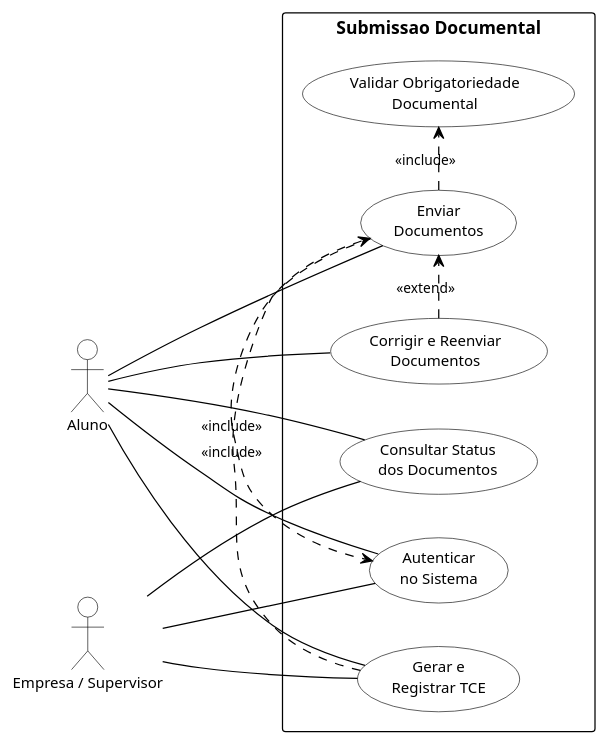
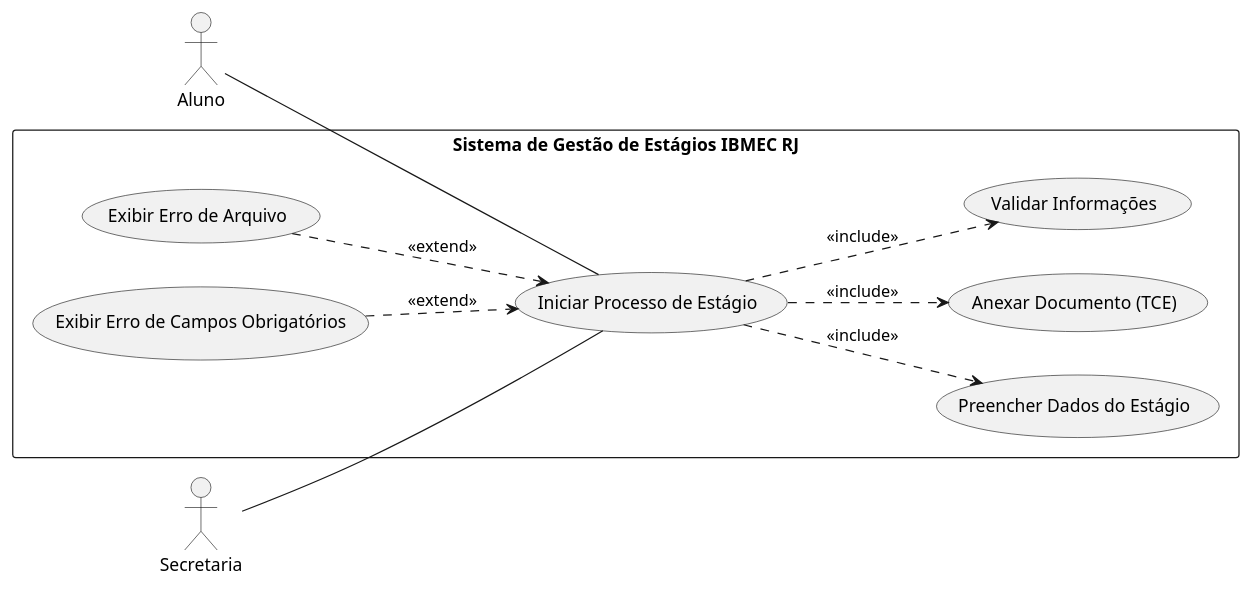
One commit to Projetos-de-Extensao/PBE_26.1_8002_I changed the third of 9 diagrams in docs/Elaboracao/casos_de_uso.md. Above: the diagram before and after it, drawn with PlantUML. The commit also changed other lines of this file, not shown here.

````diff
--- a/docs/Elaboracao/casos_de_uso.md
+++ b/docs/Elaboracao/casos_de_uso.md
@@ -205,60 +144,31 @@
 ```plantuml
-@startuml visao_2_submissao_documental
-
+@startuml
 left to right direction
 
-skinparam DefaultFontName Arial
-skinparam DefaultFontSize 12
-skinparam shadowing false
-skinparam backgroundColor white
+actor Aluno
+actor Secretaria
 
-skinparam actor {
-  BackgroundColor white
-  BorderColor black
-  FontColor black
-}
-skinparam usecase {
-  BackgroundColor white
-  BorderColor black
-  FontColor black
-  FontSize 12
-}
-skinparam rectangle {
-  BackgroundColor white
-  BorderColor black
-  FontColor black
-  FontSize 14
-}
-skinparam ArrowColor black
-skinparam ArrowFontColor black
-skinparam ArrowFontSize 11
+rectangle "Sistema de Gestão de Estágios IBMEC RJ" {
 
-actor "Aluno"                as ALU
-actor "Empresa / Supervisor" as EMP
+  usecase "Iniciar Processo de Estágio" as UC1
+  usecase "Preencher Dados do Estágio" as UC2
+  usecase "Anexar Documento (TCE)" as UC3
+  usecase "Validar Informações" as UC4
+  usecase "Exibir Erro de Arquivo" as UC5
+  usecase "Exibir Erro de Campos Obrigatórios" as UC6
 
-rectangle "Submissao Documental" {
-  usecase "Autenticar\nno Sistema"              as UC_AUTH
-  usecase "Enviar\nDocumentos"                  as UC_UPDOC
-  usecase "Validar Obrigatoriedade\nDocumental" as UC_VALDOC
-  usecase "Gerar e\nRegistrar TCE"              as UC_TCE
-  usecase "Consultar Status\ndos Documentos"    as UC_STSDOC
-  usecase "Corrigir e Reenviar\nDocumentos"     as UC_CORRDOC
 }
 
-ALU -- UC_AUTH
-ALU -- UC_UPDOC
-ALU -- UC_TCE
-ALU -- UC_CORRDOC
-ALU -- UC_STSDOC
+Aluno -- UC1
+Secretaria -- UC1
 
-EMP -- UC_AUTH
-EMP -- UC_TCE
-EMP -- UC_STSDOC
+UC1 ..> UC2 : <<include>>
+UC1 ..> UC3 : <<include>>
+UC1 ..> UC4 : <<include>>
 
-UC_UPDOC   .> UC_AUTH   : <<include>>
-UC_UPDOC   .> UC_VALDOC : <<include>>
-UC_TCE     .> UC_UPDOC  : <<include>>
-UC_CORRDOC .> UC_UPDOC  : <<extend>>
+UC5 ..> UC1 : <<extend>>
+UC6 ..> UC1 : <<extend>>
 
 @enduml
+
 ```
````
